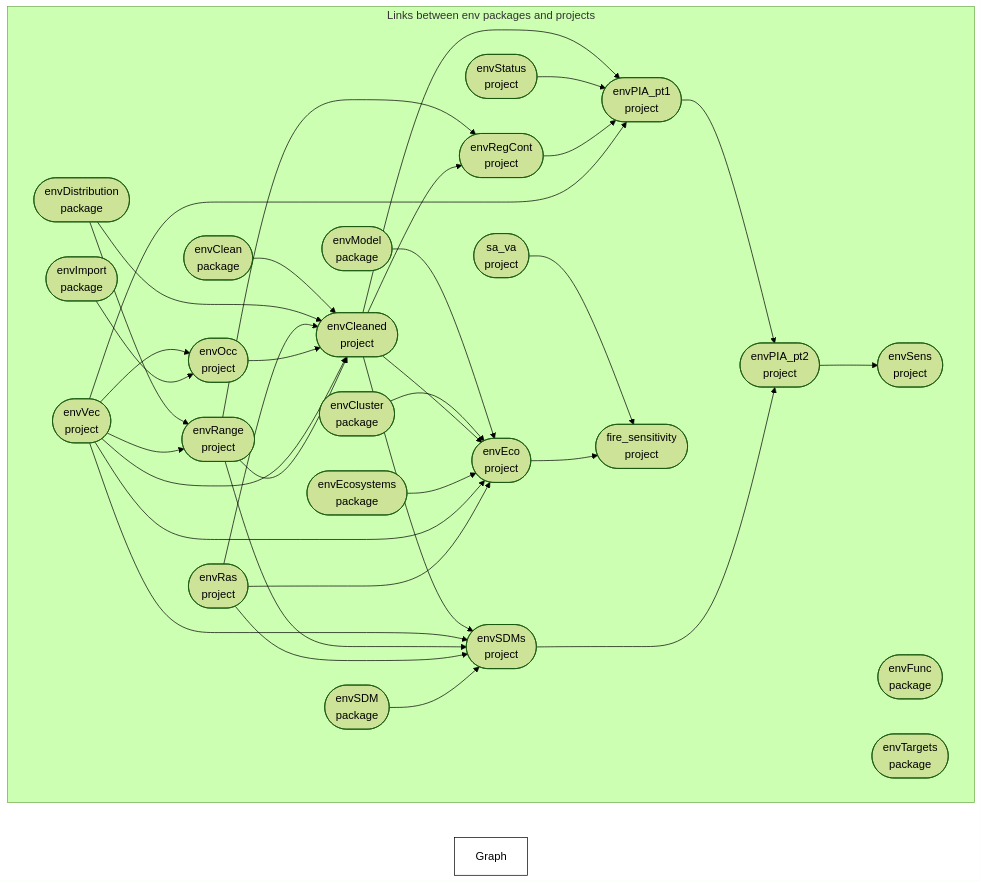
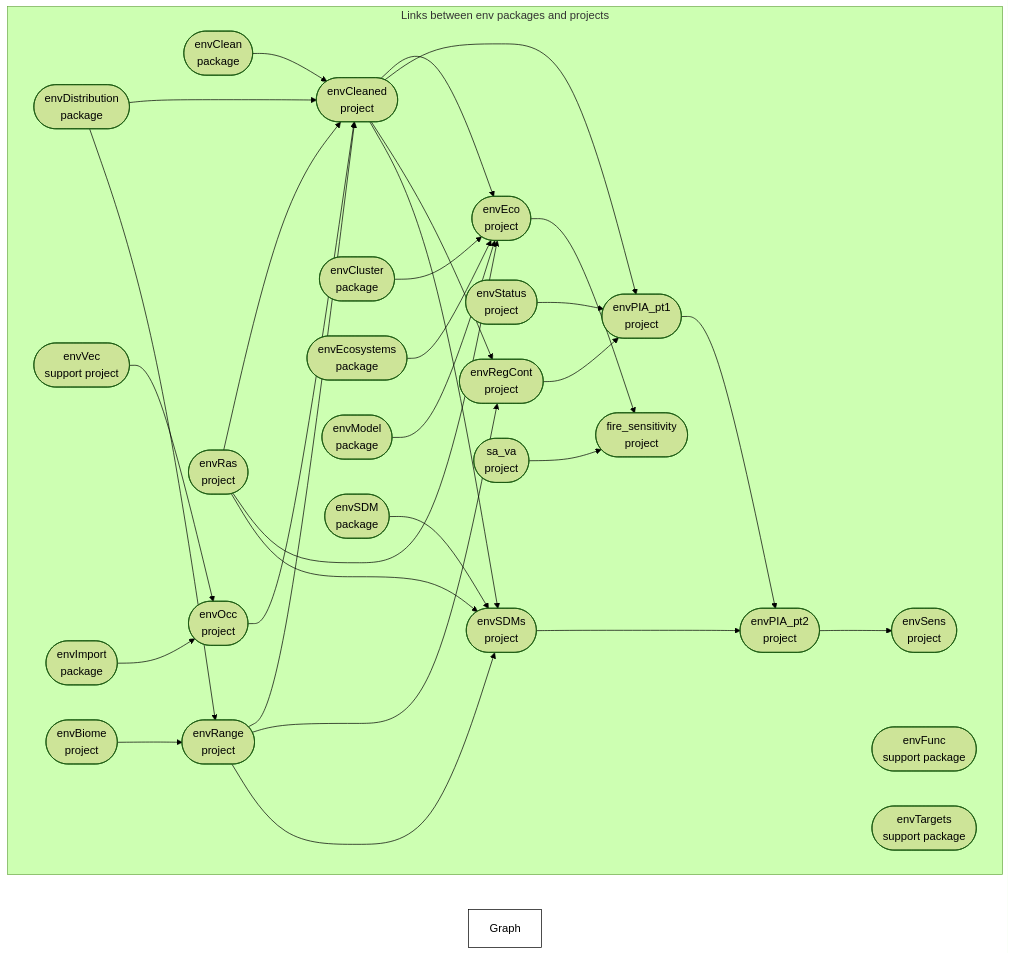
The diagram in profile/README.md (dew-landscapes/.github), drawn with Mermaid (forest theme) before and after one commit. The commit also changed other lines of this file and 1 other file, not shown here.

Commit message:
slightly fewer links, via 'support projects'

````diff
--- a/profile/README.md
+++ b/profile/README.md
@@ -45,41 +45,37 @@
 ``` mermaid
 graph LR
   style Graph fill:#FFFFFF00,stroke:#000000;
   subgraph Links between env packages and projects
     direction LR
     x199e33ac94c360fd(["envClean<br>package"]):::queued --> x4e1f08a5bd05b882(["envCleaned<br>project"]):::queued
     xb53407deaf8a50f7(["envDistribution<br>package"]):::queued --> x4e1f08a5bd05b882(["envCleaned<br>project"]):::queued
+    x9d3addc2d3c28cb0(["envOcc<br>project"]):::queued --> x4e1f08a5bd05b882(["envCleaned<br>project"]):::queued
     x67b5feaf09e4d0ca(["envRas<br>project"]):::queued --> x4e1f08a5bd05b882(["envCleaned<br>project"]):::queued
-    x9d3addc2d3c28cb0(["envOcc<br>project"]):::queued --> x4e1f08a5bd05b882(["envCleaned<br>project"]):::queued
-    xa92bc89dfa147112(["envVec<br>project"]):::queued --> x4e1f08a5bd05b882(["envCleaned<br>project"]):::queued
     x4f41d9ef8b70ed0e(["envRange<br>project"]):::queued --> x4e1f08a5bd05b882(["envCleaned<br>project"]):::queued
-    x3c05f6553dd2ee1d(["envModel<br>package"]):::queued --> xc70bb609a37b98f0(["envEco<br>project"]):::queued
     x9eca96d789260dc6(["envCluster<br>package"]):::queued --> xc70bb609a37b98f0(["envEco<br>project"]):::queued
     x4e1f08a5bd05b882(["envCleaned<br>project"]):::queued --> xc70bb609a37b98f0(["envEco<br>project"]):::queued
     x3c533c4f6ac5a427(["envEcosystems<br>package"]):::queued --> xc70bb609a37b98f0(["envEco<br>project"]):::queued
-    xa92bc89dfa147112(["envVec<br>project"]):::queued --> xc70bb609a37b98f0(["envEco<br>project"]):::queued
+    x3c05f6553dd2ee1d(["envModel<br>package"]):::queued --> xc70bb609a37b98f0(["envEco<br>project"]):::queued
     x67b5feaf09e4d0ca(["envRas<br>project"]):::queued --> xc70bb609a37b98f0(["envEco<br>project"]):::queued
-    xa92bc89dfa147112(["envVec<br>project"]):::queued --> x9d3addc2d3c28cb0(["envOcc<br>project"]):::queued
+    xa92bc89dfa147112(["envVec<br>support project"]):::queued --> x9d3addc2d3c28cb0(["envOcc<br>project"]):::queued
     xa419b1871c902a02(["envImport<br>package"]):::queued --> x9d3addc2d3c28cb0(["envOcc<br>project"]):::queued
+    x5499a04bf3778295(["envRegCont<br>project"]):::queued --> xdfa068c3ebc0366d(["envPIA_pt1<br>project"]):::queued
+    xf290cd0a0c6ffe34(["envStatus<br>project"]):::queued --> xdfa068c3ebc0366d(["envPIA_pt1<br>project"]):::queued
     x4e1f08a5bd05b882(["envCleaned<br>project"]):::queued --> xdfa068c3ebc0366d(["envPIA_pt1<br>project"]):::queued
-    xf290cd0a0c6ffe34(["envStatus<br>project"]):::queued --> xdfa068c3ebc0366d(["envPIA_pt1<br>project"]):::queued
-    x5499a04bf3778295(["envRegCont<br>project"]):::queued --> xdfa068c3ebc0366d(["envPIA_pt1<br>project"]):::queued
-    xa92bc89dfa147112(["envVec<br>project"]):::queued --> xdfa068c3ebc0366d(["envPIA_pt1<br>project"]):::queued
+    xc1054dd4c63b18e0(["envSDMs<br>project"]):::queued --> xe5749d29c71b6a92(["envPIA_pt2<br>project"]):::queued
     xdfa068c3ebc0366d(["envPIA_pt1<br>project"]):::queued --> xe5749d29c71b6a92(["envPIA_pt2<br>project"]):::queued
-    xc1054dd4c63b18e0(["envSDMs<br>project"]):::queued --> xe5749d29c71b6a92(["envPIA_pt2<br>project"]):::queued
+    xd8ce469e231f9860(["envBiome<br>project"]):::queued --> x4f41d9ef8b70ed0e(["envRange<br>project"]):::queued
     xb53407deaf8a50f7(["envDistribution<br>package"]):::queued --> x4f41d9ef8b70ed0e(["envRange<br>project"]):::queued
-    xa92bc89dfa147112(["envVec<br>project"]):::queued --> x4f41d9ef8b70ed0e(["envRange<br>project"]):::queued
     x4f41d9ef8b70ed0e(["envRange<br>project"]):::queued --> x5499a04bf3778295(["envRegCont<br>project"]):::queued
     x4e1f08a5bd05b882(["envCleaned<br>project"]):::queued --> x5499a04bf3778295(["envRegCont<br>project"]):::queued
     x4e1f08a5bd05b882(["envCleaned<br>project"]):::queued --> xc1054dd4c63b18e0(["envSDMs<br>project"]):::queued
-    xa92bc89dfa147112(["envVec<br>project"]):::queued --> xc1054dd4c63b18e0(["envSDMs<br>project"]):::queued
-    x4f41d9ef8b70ed0e(["envRange<br>project"]):::queued --> xc1054dd4c63b18e0(["envSDMs<br>project"]):::queued
     x67b5feaf09e4d0ca(["envRas<br>project"]):::queued --> xc1054dd4c63b18e0(["envSDMs<br>project"]):::queued
     x07cddf360e9b199e(["envSDM<br>package"]):::queued --> xc1054dd4c63b18e0(["envSDMs<br>project"]):::queued
+    x4f41d9ef8b70ed0e(["envRange<br>project"]):::queued --> xc1054dd4c63b18e0(["envSDMs<br>project"]):::queued
     xe5749d29c71b6a92(["envPIA_pt2<br>project"]):::queued --> x2d1dcea9060b62fe(["envSens<br>project"]):::queued
     xb2a4767da474386b(["sa_va<br>project"]):::queued --> x0f16edc93d113ef9(["fire_sensitivity<br>project"]):::queued
     xc70bb609a37b98f0(["envEco<br>project"]):::queued --> x0f16edc93d113ef9(["fire_sensitivity<br>project"]):::queued
-    x6832f874a98057bb(["envFunc<br>package"]):::queued
-    xb03046fba8fa1b84(["envTargets<br>package"]):::queued
+    x6832f874a98057bb(["envFunc<br>support package"]):::queued
+    xb03046fba8fa1b84(["envTargets<br>support package"]):::queued
   end
 ```
````
